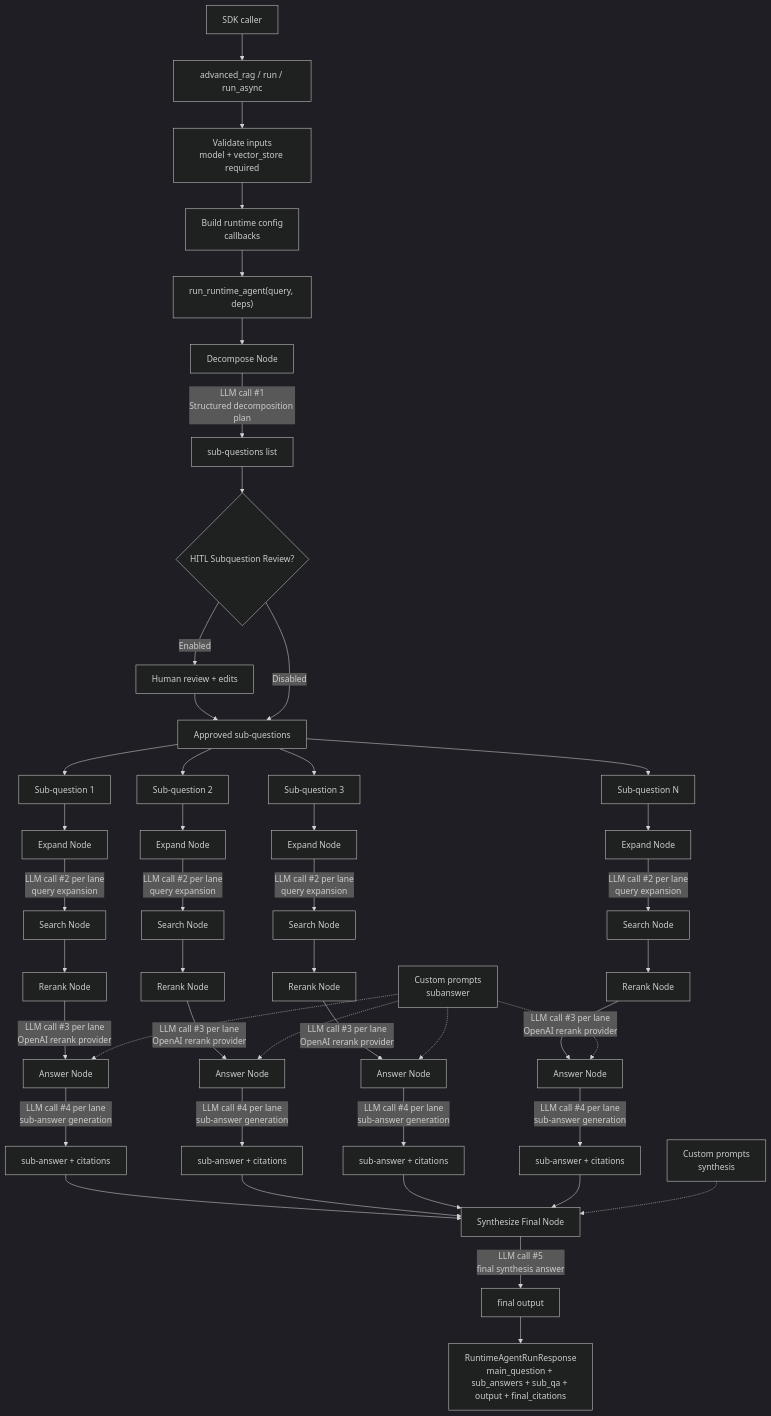
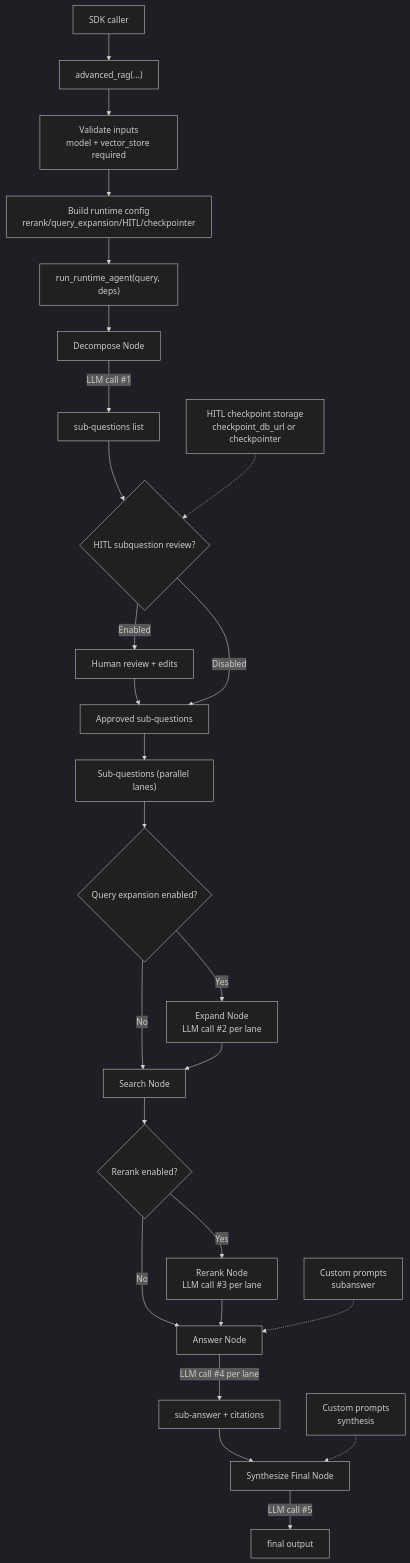
One commit to Nickbohm555/agent-search changed the diagram in README.md. Above: the diagram before and after it, drawn with Mermaid (dark theme). The commit also changed other lines of this file, not shown here.

````diff
--- a/README.md
+++ b/README.md
@@ -196,58 +17,34 @@
 ```mermaid
 flowchart TD
-    A["SDK caller"] --> B["advanced_rag / run / run_async"]
+    A["SDK caller"] --> B["advanced_rag(...)"]
     B --> C["Validate inputs<br/>model + vector_store required"]
-    C --> D["Build runtime config<br/>callbacks"]
+    C --> D["Build runtime config<br/>rerank/query_expansion/HITL/checkpointer"]
     D --> E["run_runtime_agent(query, deps)"]
     E --> F["Decompose Node"]
-    F -->|LLM call #1<br/>Structured decomposition plan| G["sub-questions list"]
+    F -->|LLM call #1| G["sub-questions list"]
 
-    G --> HITL1{"HITL Subquestion Review?"}
-    HITL1 -->|Enabled| H1["Human review + edits"]
-    H1 --> GOK["Approved sub-questions"]
-    HITL1 -->|Disabled| GOK
+    G --> HITL{"HITL subquestion review?"}
+    HITL -->|Enabled| H["Human review + edits"]
+    H --> GOK["Approved sub-questions"]
+    HITL -->|Disabled| GOK
 
-    GOK --> SQ1["Sub-question 1"]
-    GOK --> SQ2["Sub-question 2"]
-    GOK --> SQ3["Sub-question 3"]
-    GOK --> SQN["Sub-question N"]
+    GOK --> SQ["Sub-questions (parallel lanes)"]
 
-    SQ1 --> EX1["Expand Node"]
-    SQ2 --> EX2["Expand Node"]
-    SQ3 --> EX3["Expand Node"]
-    SQN --> EXN["Expand Node"]
+    SQ --> QE{"Query expansion enabled?"}
+    QE -->|Yes| EX["Expand Node<br/>LLM call #2 per lane"]
+    QE -->|No| SR["Search Node"]
+    EX --> SR
 
-    EX1 -->|LLM call #2 per lane<br/>query expansion| SR1["Search Node"]
-    EX2 -->|LLM call #2 per lane<br/>query expansion| SR2["Search Node"]
-    EX3 -->|LLM call #2 per lane<br/>query expansion| SR3["Search Node"]
-    EXN -->|LLM call #2 per lane<br/>query expansion| SRN["Search Node"]
+    SR --> RERANK{"Rerank enabled?"}
+    RERANK -->|Yes| RR["Rerank Node<br/>LLM call #3 per lane"]
+    RERANK -->|No| AN["Answer Node"]
+    RR --> AN
 
-    SR1 --> RR1["Rerank Node"]
-    SR2 --> RR2["Rerank Node"]
-    SR3 --> RR3["Rerank Node"]
-    SRN --> RRN["Rerank Node"]
+    CP1["Custom prompts<br/>subanswer"] -.-> AN
+    AN -->|LLM call #4 per lane| SA["sub-answer + citations"]
+    SA --> SYN["Synthesize Final Node"]
+    CP2["Custom prompts<br/>synthesis"] -.-> SYN
+    SYN -->|LLM call #5| OUT["final output"]
 
-    RR1 -->|LLM call #3 per lane<br/>OpenAI rerank provider| AN1["Answer Node"]
-    RR2 -->|LLM call #3 per lane<br/>OpenAI rerank provider| AN2["Answer Node"]
-    RR3 -->|LLM call #3 per lane<br/>OpenAI rerank provider| AN3["Answer Node"]
-    RRN -->|LLM call #3 per lane<br/>OpenAI rerank provider| ANN["Answer Node"]
-
-    CP1["Custom prompts<br/>subanswer"] -.-> AN1
-    CP1 -.-> AN2
-    CP1 -.-> AN3
-    CP1 -.-> ANN
-
-    AN1 -->|LLM call #4 per lane<br/>sub-answer generation| SA1["sub-answer + citations"]
-    AN2 -->|LLM call #4 per lane<br/>sub-answer generation| SA2["sub-answer + citations"]
-    AN3 -->|LLM call #4 per lane<br/>sub-answer generation| SA3["sub-answer + citations"]
-    ANN -->|LLM call #4 per lane<br/>sub-answer generation| SAN["sub-answer + citations"]
-
-    SA1 --> R["Synthesize Final Node"]
-    SA2 --> R
-    SA3 --> R
-    SAN --> R
-
-    CP2["Custom prompts<br/>synthesis"] -.-> R
-    R -->|LLM call #5<br/>final synthesis answer| S["final output"]
-    S --> T["RuntimeAgentRunResponse<br/>main_question + sub_answers + sub_qa + output + final_citations"]
+    DB["HITL checkpoint storage<br/>checkpoint_db_url or checkpointer"] -.-> HITL
 ```
````
